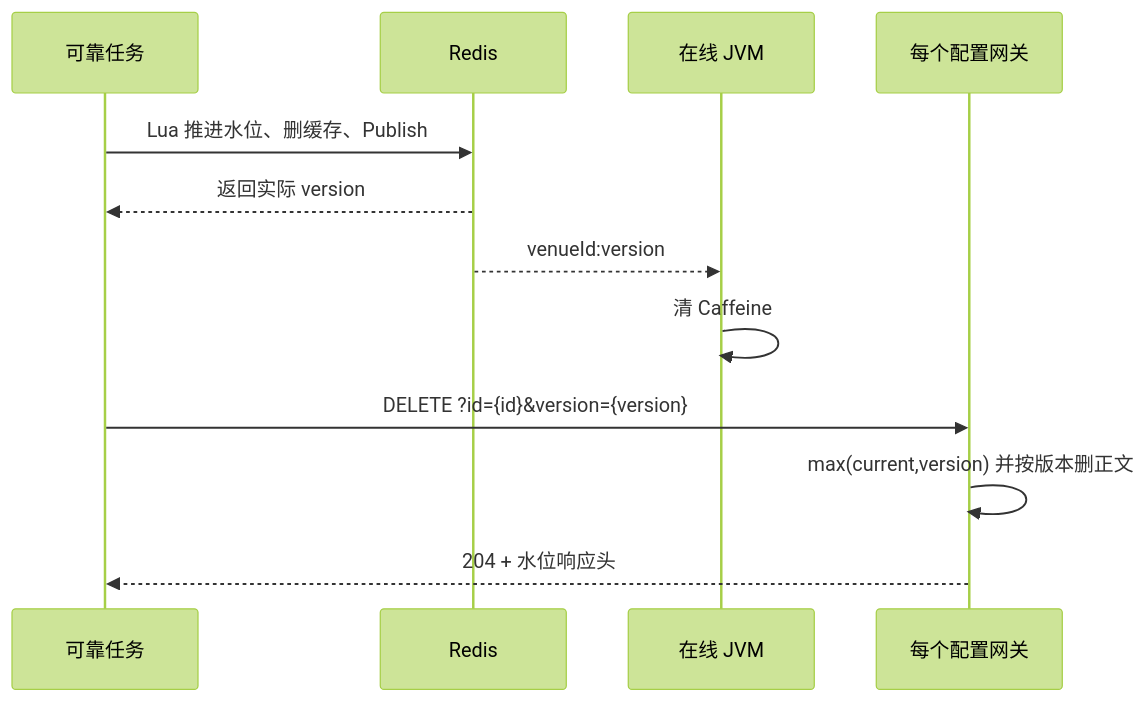
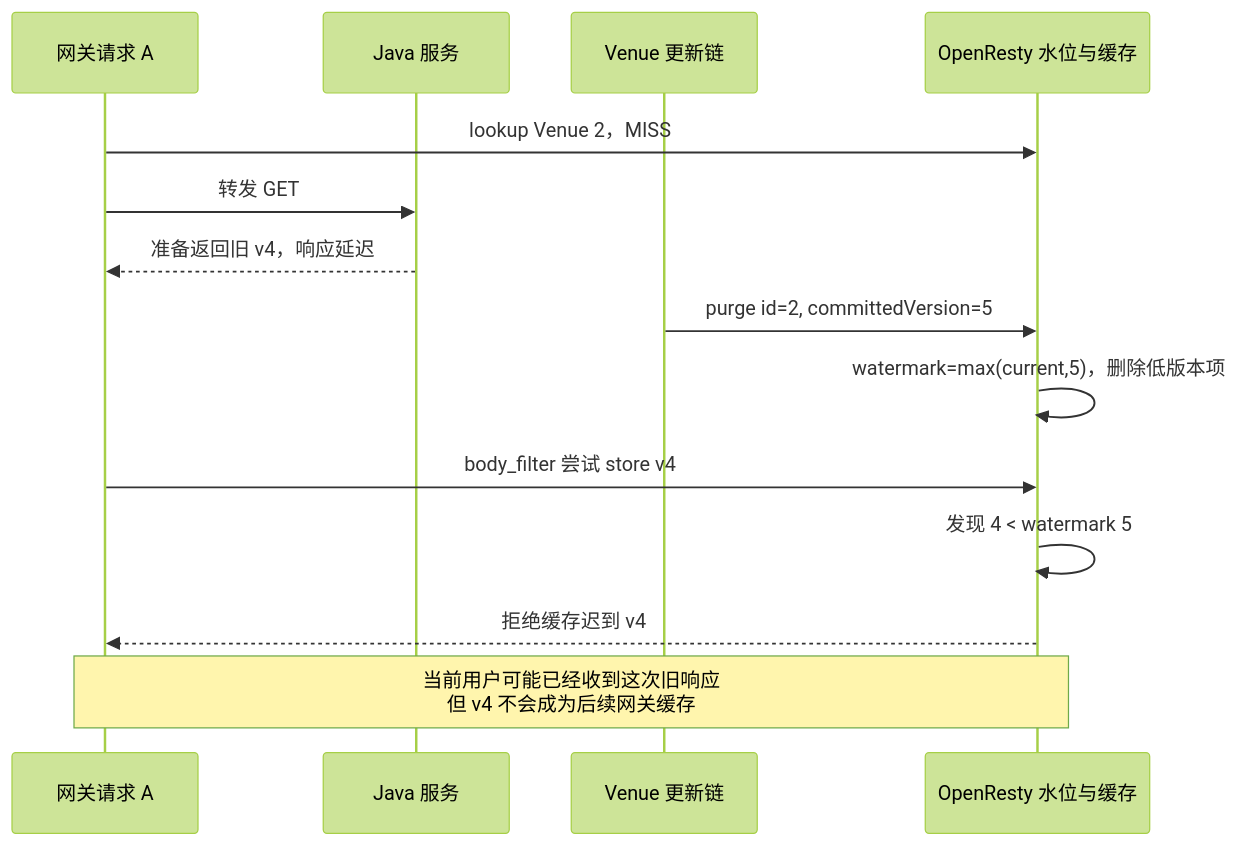
Before and after one commit to SyH-101/citypass-platform: diagram 11 of 15 in 02-多级缓存一致性.md, drawn with Mermaid (forest theme). The commit also changed other lines of this file, not shown here.

````diff
--- a/02-多级缓存一致性.md
+++ b/02-多级缓存一致性.md
@@ -1130,14 +768,16 @@
 ```mermaid
 sequenceDiagram
-    participant T as 可靠任务
-    participant R as Redis
-    participant J as 在线 JVM
-    participant G as 每个配置网关
-    T->>R: Lua 推进水位、删缓存、Publish
-    R-->>T: 返回实际 version
-    R-->>J: venueId:version
-    J->>J: 清 Caffeine
-    T->>G: DELETE ?id={id}&version={version}
-    G->>G: max(current,version) 并按版本删正文
-    G-->>T: 204 + 水位响应头
+    participant A as 网关请求 A
+    participant J as Java 服务
+    participant W as Venue 更新链
+    participant G as OpenResty 水位与缓存
+    A->>G: lookup Venue 2，MISS
+    A->>J: 转发 GET
+    J-->>A: 准备返回旧 v4，响应延迟
+    W->>G: purge id=2, committedVersion=5
+    G->>G: watermark=max(current,5)，删除低版本项
+    A->>G: body_filter 尝试 store v4
+    G->>G: 发现 4 < watermark 5
+    G-->>A: 拒绝缓存迟到 v4
+    Note over A,G: 当前用户可能已经收到这次旧响应<br/>但 v4 不会成为后续网关缓存
 ```
````
